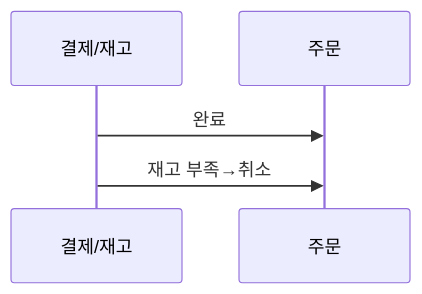
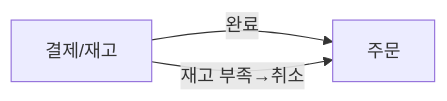
Diagram 11 of 15 in _posts/architecture/2026-05-02-msa-deep.md (yjkim2015/yjkim2015.github.io), drawn with Mermaid before and after one commit. The commit also changed other lines of this file and 84 other files, not shown here.

First line of the commit message:
85개 포스트 Mermaid 다이어그램 규칙 일괄 수정

````diff
--- a/_posts/architecture/2026-05-02-msa-deep.md
+++ b/_posts/architecture/2026-05-02-msa-deep.md
@@ -369,5 +366,5 @@
 ```mermaid
-sequenceDiagram
-    결제/재고->>주문: 완료
-    결제/재고->>주문: 재고 부족→취소
+graph LR
+    PS["결제/재고"] -->|"완료"| OR["주문"]
+    PS -->|"재고 부족→취소"| OR
 ```
````
